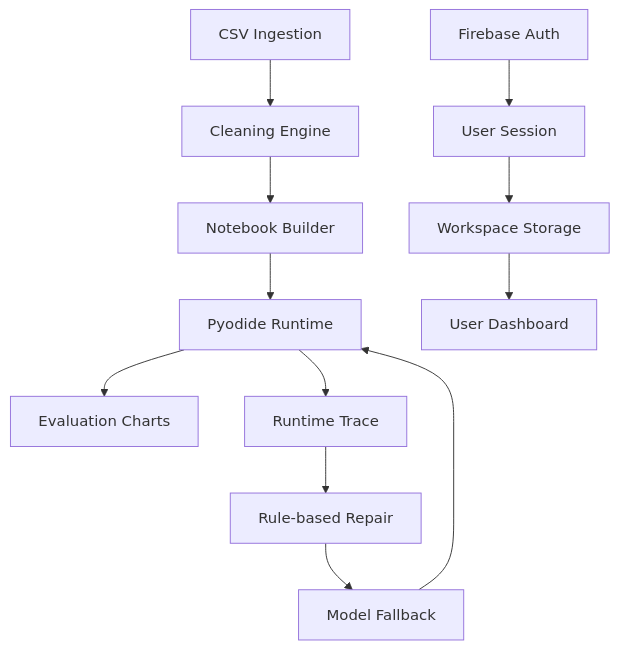
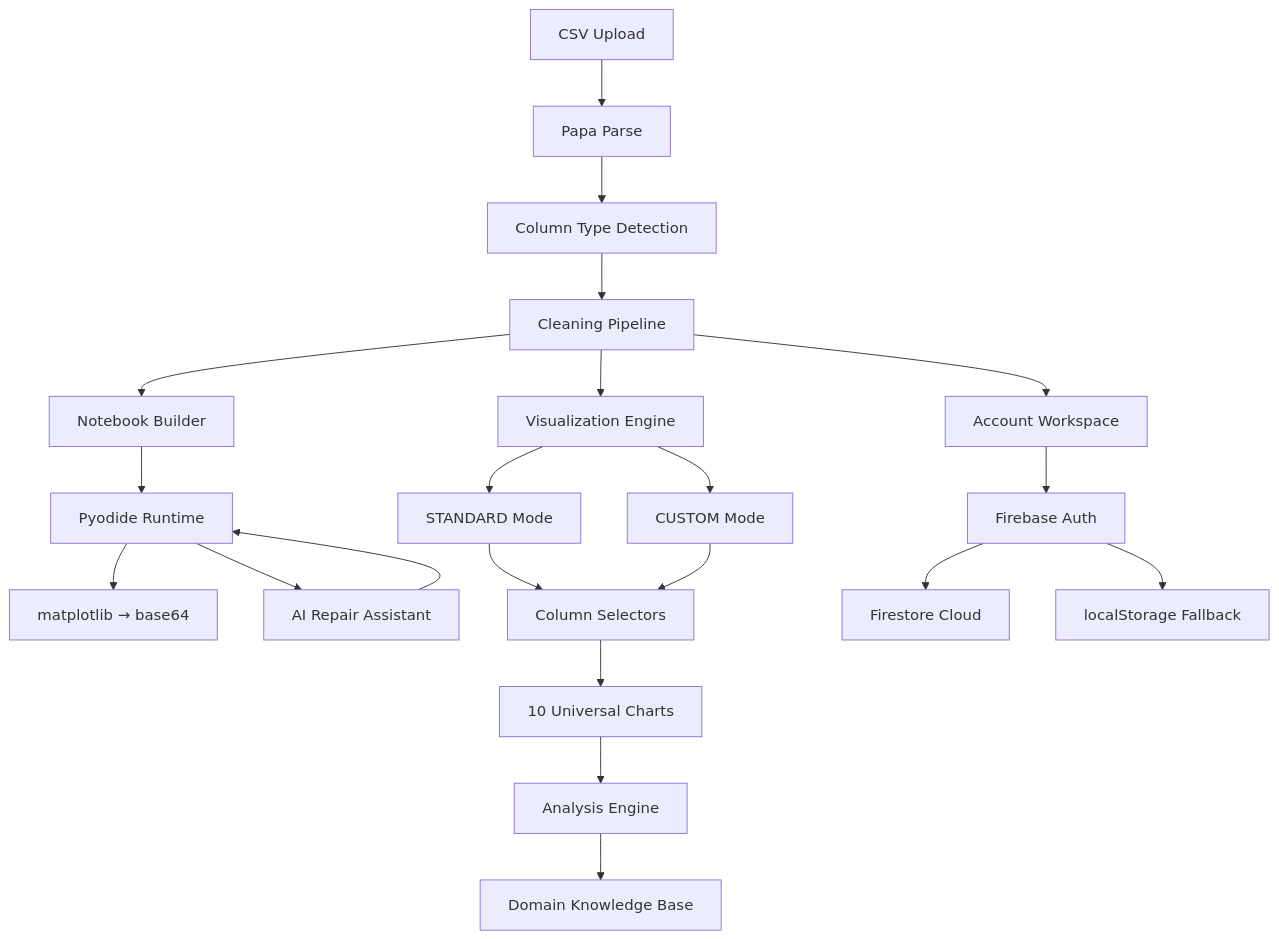
One commit to ANIS151993/Notebook-Studio changed the first of 2 diagrams in README.md. Above: the diagram before and after it, drawn with Mermaid. The commit also changed other lines of this file and 4 other files, not shown here.

````diff
--- a/README.md
+++ b/README.md
@@ -173,16 +135,27 @@
 ```mermaid
 flowchart TD
-    A[CSV Ingestion] --> B[Cleaning Engine]
-    B --> C[Notebook Builder]
-    C --> D[Pyodide Runtime]
-    D --> E[Evaluation Charts]
-
-    F[Firebase Auth] --> G[User Session]
-    G --> H[Workspace Storage]
-    H --> I[User Dashboard]
-
-    D --> J[Runtime Trace]
-    J --> K[Rule-based Repair]
-    K --> L[Model Fallback]
-    L --> D
+    A[CSV Upload] --> B[Papa Parse]
+    B --> C[Column Type Detection]
+    C --> D[Cleaning Pipeline]
+    
+    D --> E[Notebook Builder]
+    D --> F[Visualization Engine]
+    D --> G[Account Workspace]
+    
+    E --> H[Pyodide Runtime]
+    H --> I[matplotlib → base64]
+    H --> J[AI Repair Assistant]
+    J --> H
+    
+    F --> K[STANDARD Mode]
+    F --> L[CUSTOM Mode]
+    K --> M[Column Selectors]
+    L --> M
+    M --> N[10 Universal Charts]
+    N --> O[Analysis Engine]
+    O --> P[Domain Knowledge Base]
+    
+    G --> Q[Firebase Auth]
+    Q --> R[Firestore Cloud]
+    Q --> S[localStorage Fallback]
 ```
````
